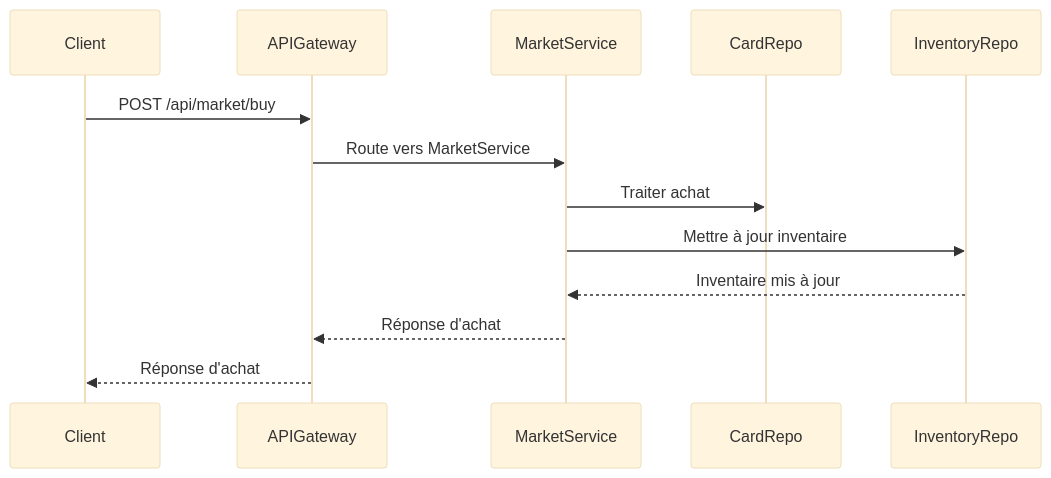
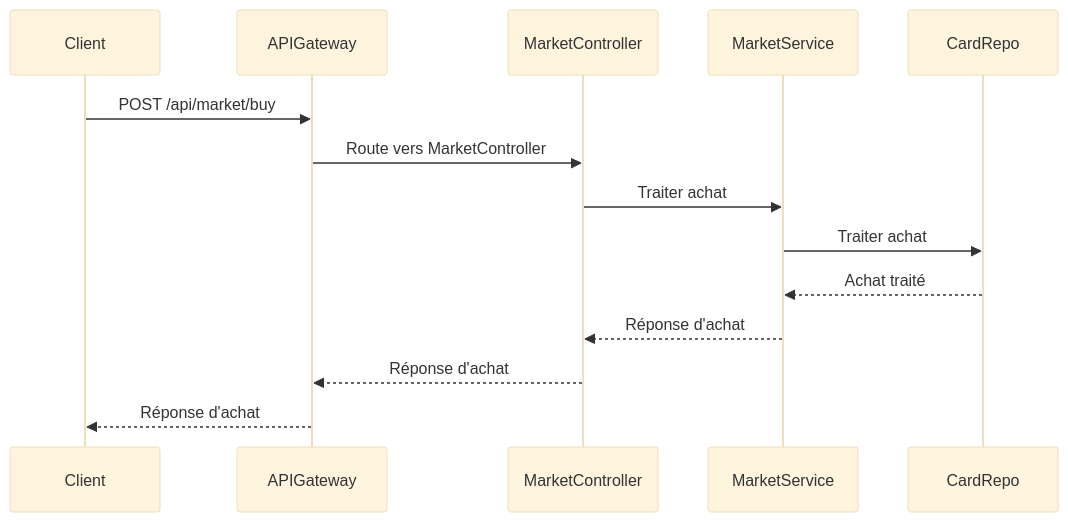
Before and after one commit to Amine-HADJ/Atelier3-SpringBoot: the fourth of 6 diagrams in README.md, drawn with Mermaid (base theme). The commit also changed other lines of this file, not shown here.

````diff
--- a/README.md
+++ b/README.md
@@ -57,15 +67,16 @@
 ```mermaid
 sequenceDiagram
 participant Client
 participant APIGateway
+participant MarketController
 participant MarketService
 participant CardRepo
-participant InventoryRepo
 Client->>APIGateway: POST /api/market/buy
-APIGateway->>MarketService: Route vers MarketService
+APIGateway->>MarketController: Route vers MarketController
+MarketController->>MarketService: Traiter achat
 MarketService->>CardRepo: Traiter achat
-MarketService->>InventoryRepo: Mettre à jour inventaire
-InventoryRepo-->>MarketService: Inventaire mis à jour
-MarketService-->>APIGateway: Réponse d'achat
+CardRepo-->>MarketService: Achat traité
+MarketService-->>MarketController: Réponse d'achat
+MarketController-->>APIGateway: Réponse d'achat
 APIGateway-->>Client: Réponse d'achat
 ```
````
